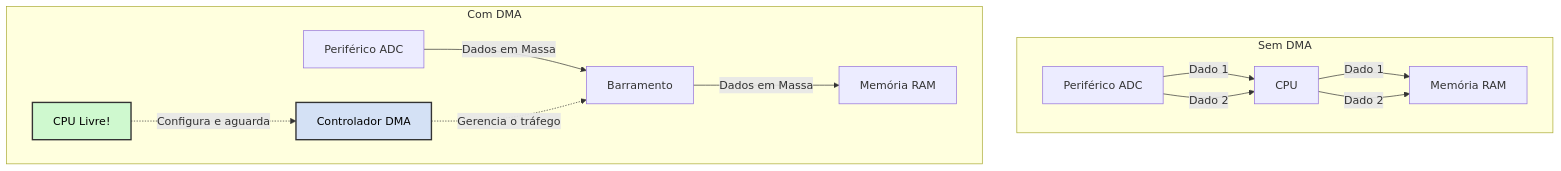
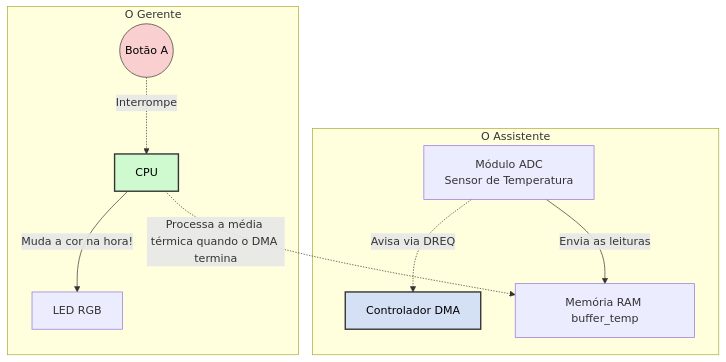
One commit to isaacmirandaifce/aulasembarcatech2 changed the third of 7 diagrams in aulassincronas/Interrupcoes.md. Above: the diagram before and after it, drawn with Mermaid. The commit also changed other lines of this file, not shown here.

````diff
--- a/aulassincronas/Interrupcoes.md
+++ b/aulassincronas/Interrupcoes.md
@@ -84,19 +237,17 @@
 ```mermaid
 graph TD
-    subgraph Sem DMA
-        S1[Periférico ADC] -->|Dado 1| CPU1[CPU]
-        CPU1 -->|Dado 1| RAM1[Memória RAM]
-        S1 -->|Dado 2| CPU1
-        CPU1 -->|Dado 2| RAM1
+    subgraph O Assistente 
+        ADC[Módulo ADC<br>Sensor de Temperatura] -.->|Avisa via DREQ| DMA[Controlador DMA]
+        ADC -->|Envia as leituras| RAM[Memória RAM buffer_temp]
     end
 
-    subgraph Com DMA
-        S2[Periférico ADC] -->|Dados em Massa| Barramento
-        Barramento -->|Dados em Massa| RAM2[Memória RAM]
-        DMA[Controlador DMA] -.->|Gerencia o tráfego| Barramento
-        CPU2[CPU Livre!] -.->|Configura e aguarda| DMA
+    subgraph O Gerente
+        BOTAO((Botão A)) -.->|Interrompe| CPU[CPU]
+        CPU -->|Muda a cor na hora!| LED[LED RGB]
+        CPU -.->|Processa a média térmica quando o DMA termina| RAM
     end
     
     style DMA fill:#d4e1f5,stroke:#333,stroke-width:2px,color:#000000
-    style CPU2 fill:#cff9cf,stroke:#333,stroke-width:2px,color:#000000
+    style CPU fill:#cff9cf,stroke:#333,stroke-width:2px,color:#000000
+    style BOTAO fill:#f9cfcf,stroke:#333,color:#000000
 ```
````
